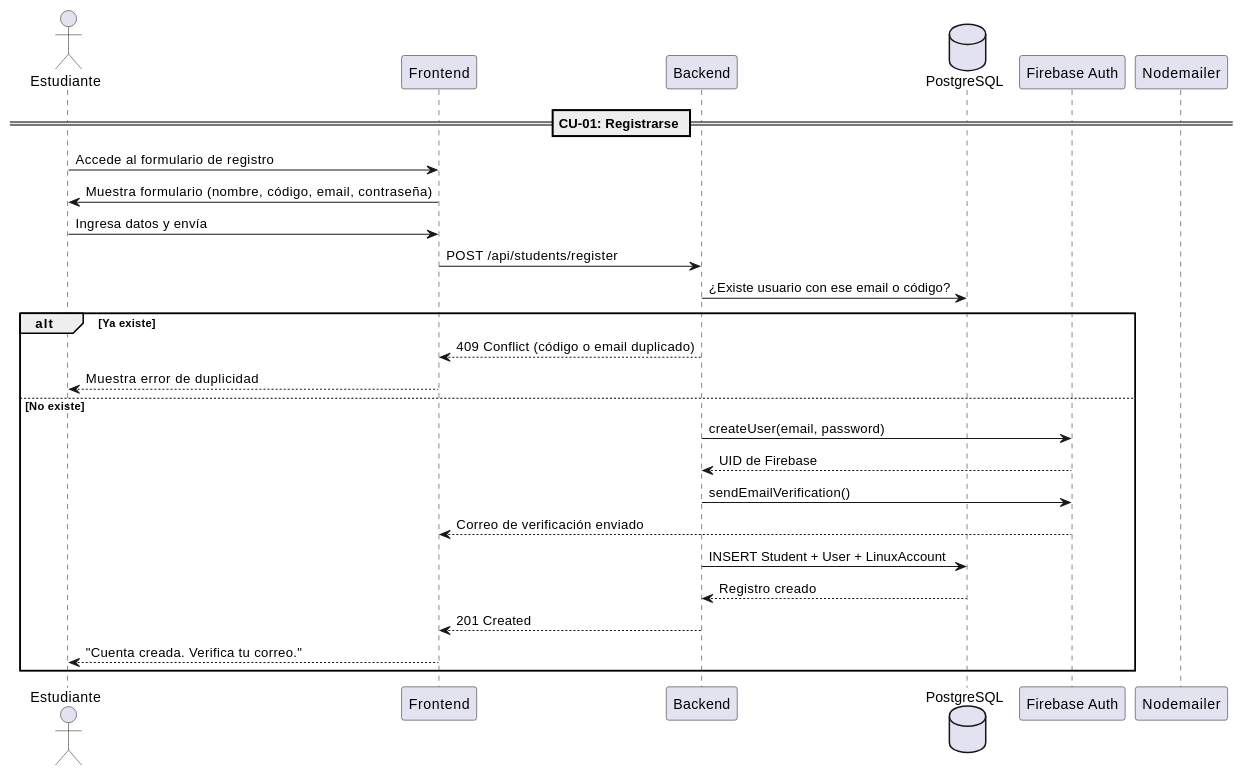
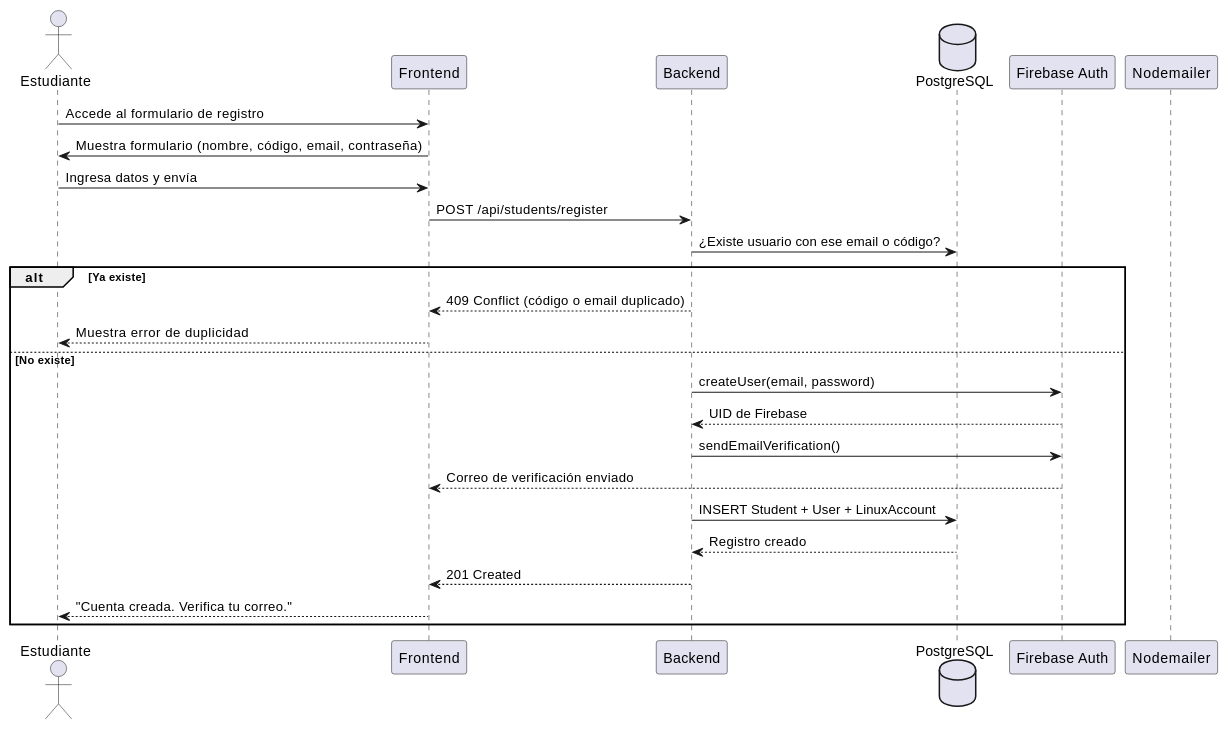
The second of 52 diagrams in docs/annexes/cu-especificacion.md (LinuxLab-UFPS/LinuxLab), drawn with PlantUML before and after one commit. The commit also changed other lines of this file and 1 other file, not shown here.

````diff
--- a/docs/annexes/cu-especificacion.md
+++ b/docs/annexes/cu-especificacion.md
@@ -56,37 +65,35 @@
 ```plantuml
 @startuml
 actor Estudiante as E
 participant "Frontend" as FE
 participant "Backend" as BE
 database "PostgreSQL" as DB
 participant "Firebase Auth" as FB
 participant "Nodemailer" as Mail
-
-== CU-01: Registrarse ==
 
 E -> FE : Accede al formulario de registro
 FE -> E : Muestra formulario (nombre, código, email, contraseña)
 
 E -> FE : Ingresa datos y envía
 FE -> BE : POST /api/students/register
 
 BE -> DB : ¿Existe usuario con ese email o código?
 alt Ya existe
   BE --> FE : 409 Conflict (código o email duplicado)
   FE --> E : Muestra error de duplicidad
 else No existe
   BE -> FB : createUser(email, password)
   FB --> BE : UID de Firebase
 
   BE -> FB : sendEmailVerification()
   FB --> FE : Correo de verificación enviado
 
   BE -> DB : INSERT Student + User + LinuxAccount
   DB --> BE : Registro creado
 
   BE --> FE : 201 Created
   FE --> E : "Cuenta creada. Verifica tu correo."
 end
 
 @enduml
 ```
````
